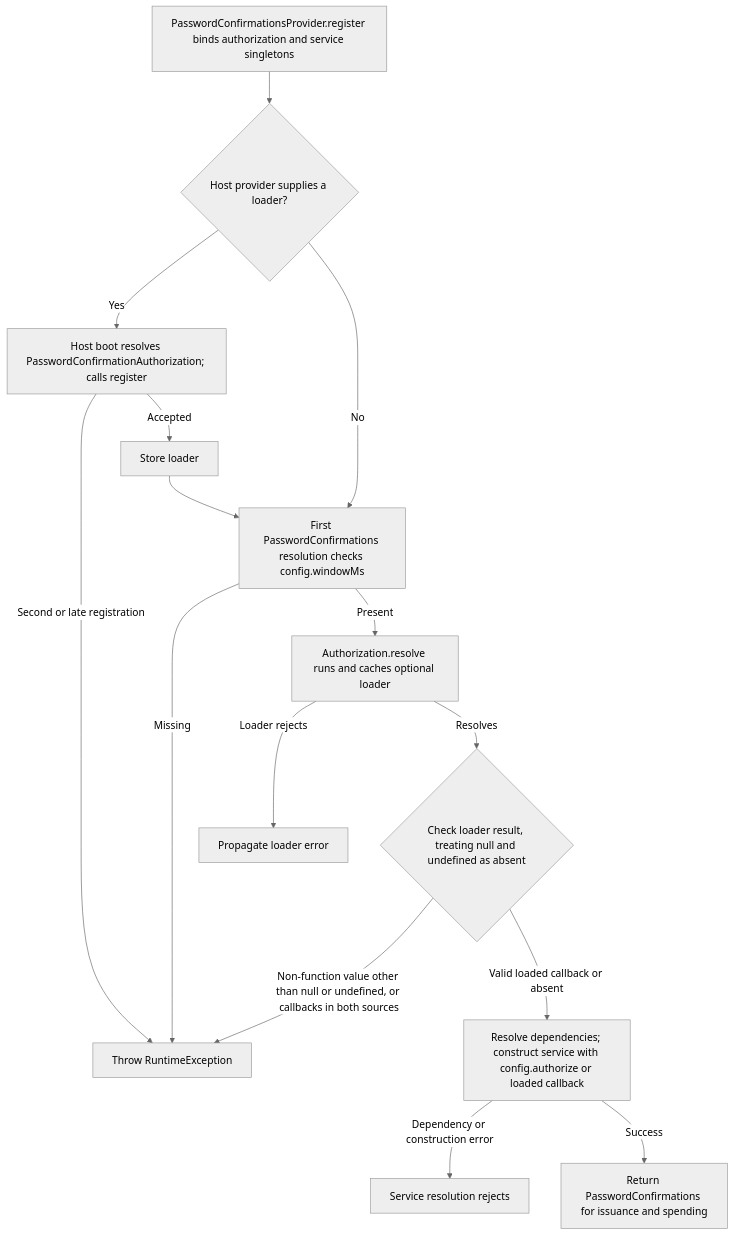
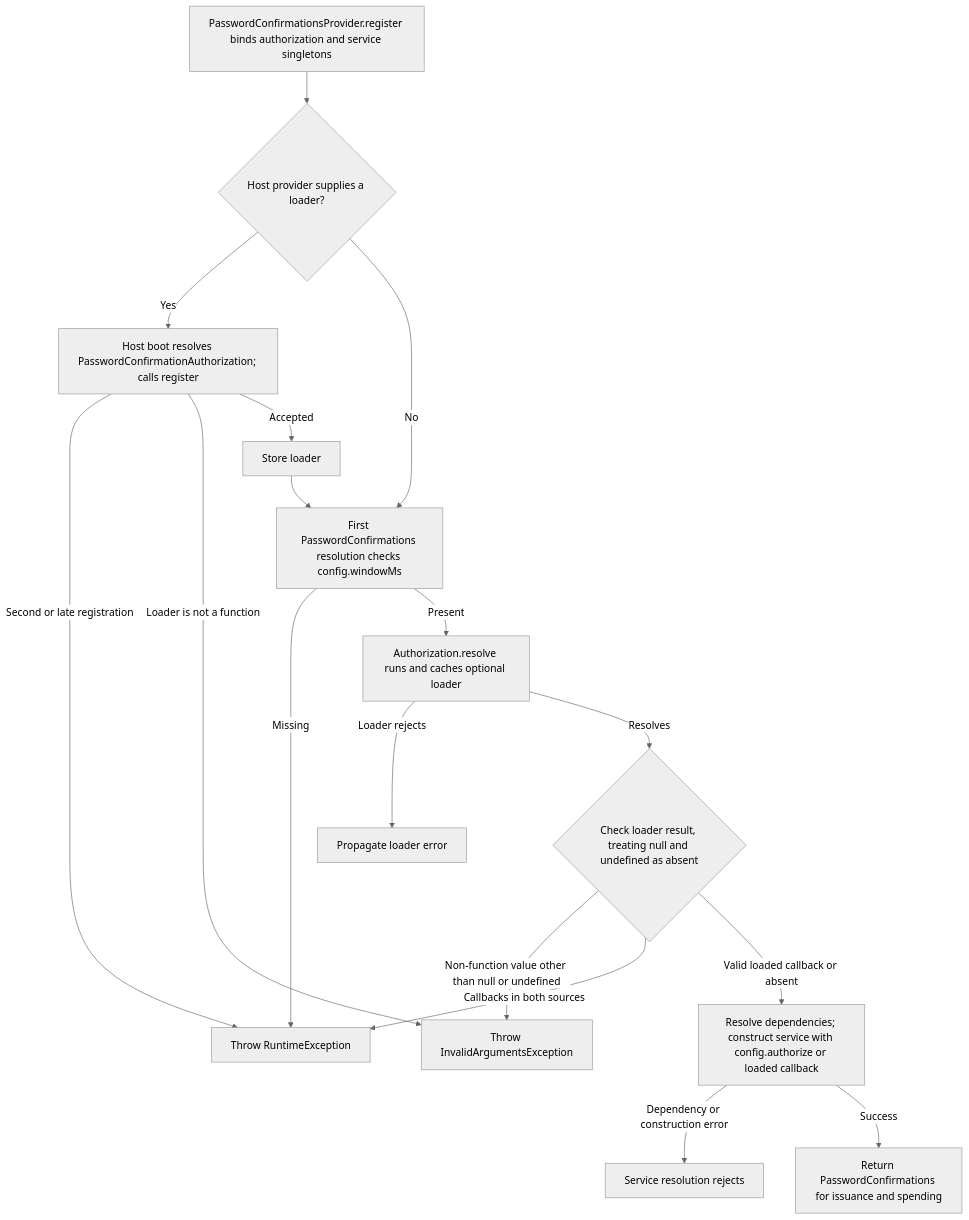
Before and after one commit to Kevinjohn/oss-adonisjs-confirm-action-with-password: the second of 2 diagrams in user-stories/US-CONFIRM-09-register-authorization.md, drawn with Mermaid (neutral theme). The commit also changed 9 other files, not shown here.

````diff
--- a/user-stories/US-CONFIRM-09-register-authorization.md
+++ b/user-stories/US-CONFIRM-09-register-authorization.md
@@ -37,17 +37,19 @@
 ```mermaid
 flowchart TD
     A["PasswordConfirmationsProvider.register binds authorization and service singletons"] --> B{"Host provider supplies a loader?"}
     B -->|Yes| C["Host boot resolves PasswordConfirmationAuthorization; calls register"]
     C -->|Second or late registration| X["Throw RuntimeException"]
+    C -->|Loader is not a function| V["Throw InvalidArgumentsException"]
     C -->|Accepted| D["Store loader"]
     D --> E["First PasswordConfirmations resolution checks config.windowMs"]
     B -->|No| E
     E -->|Missing| X
     E -->|Present| F["Authorization.resolve runs and caches optional loader"]
     F -->|Loader rejects| Y["Propagate loader error"]
     F -->|Resolves| G{"Check loader result, treating null and undefined as absent"}
-    G -->|Non-function value other than null or undefined, or callbacks in both sources| X
+    G -->|Non-function value other than null or undefined| V
+    G -->|Callbacks in both sources| X
     G -->|Valid loaded callback or absent| H["Resolve dependencies; construct service with config.authorize or loaded callback"]
     H -->|Dependency or construction error| Z["Service resolution rejects"]
     H -->|Success| I["Return PasswordConfirmations for issuance and spending"]
 ```
````
